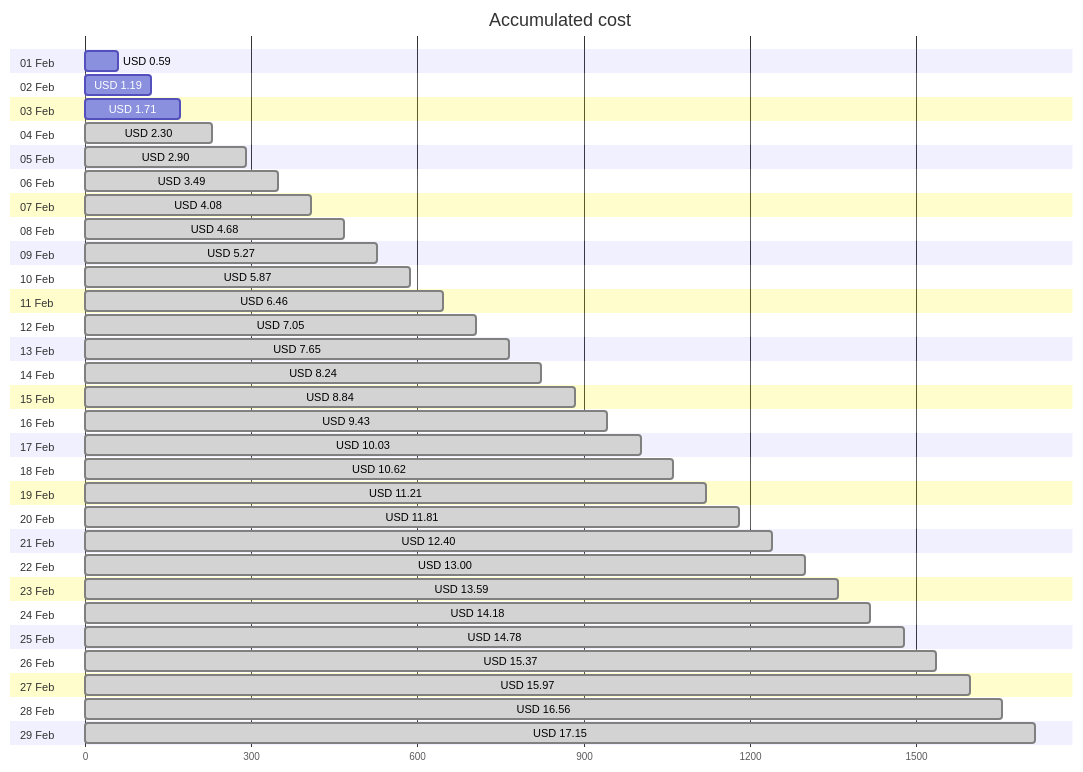
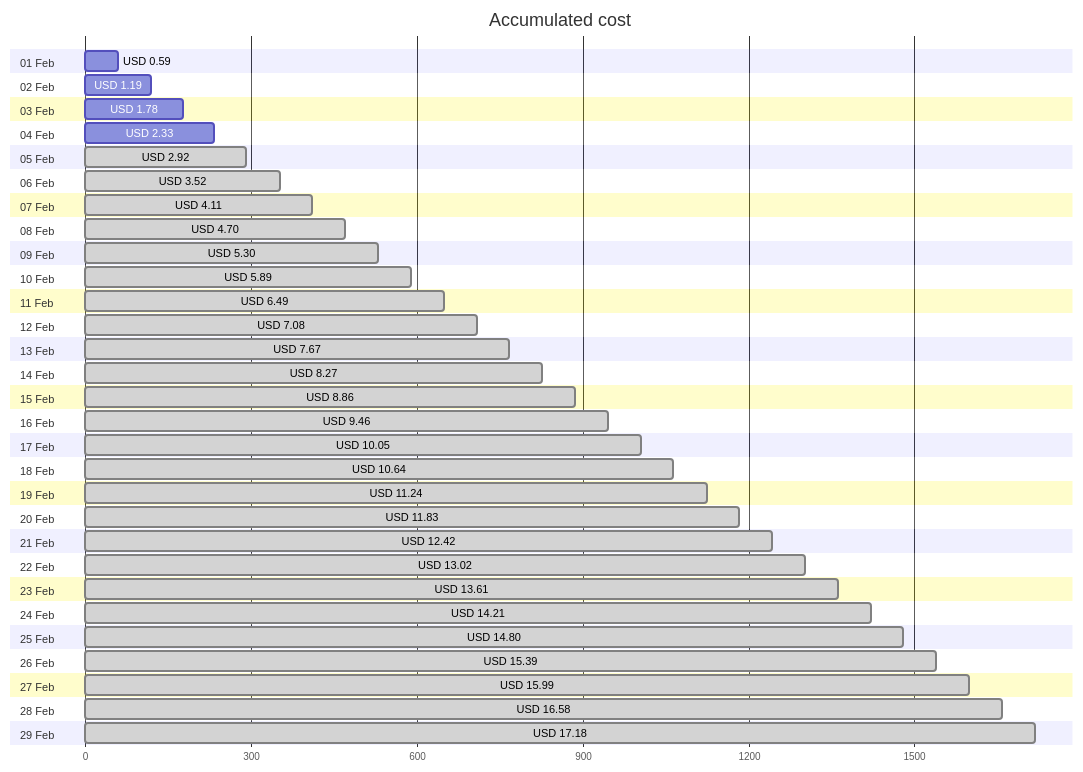
One commit to jpfulton/azure-personal-reports changed the first of 4 diagrams in cost-reports/personal-site/README.md. Above: the diagram before and after it, drawn with Mermaid. The commit also changed other lines of this file and 6 other files, not shown here.

````diff
--- a/cost-reports/personal-site/README.md
+++ b/cost-reports/personal-site/README.md
@@ -20,64 +20,64 @@
 ```mermaid
 gantt
    title Accumulated cost
    dateFormat  X
    axisFormat %s
    section 01 Feb
    USD 0.59 :0, 59
    section 02 Feb
    USD 1.19 :0, 119
    section 03 Feb
-   USD 1.71 :0, 171
+   USD 1.78 :0, 178
    section 04 Feb
-   USD 2.30 : done, 0, 230
+   USD 2.33 :0, 233
    section 05 Feb
-   USD 2.90 : done, 0, 290
+   USD 2.92 : done, 0, 292
    section 06 Feb
-   USD 3.49 : done, 0, 349
+   USD 3.52 : done, 0, 352
    section 07 Feb
-   USD 4.08 : done, 0, 408
+   USD 4.11 : done, 0, 411
    section 08 Feb
-   USD 4.68 : done, 0, 468
+   USD 4.70 : done, 0, 470
    section 09 Feb
-   USD 5.27 : done, 0, 527
+   USD 5.30 : done, 0, 530
    section 10 Feb
-   USD 5.87 : done, 0, 587
+   USD 5.89 : done, 0, 589
    section 11 Feb
-   USD 6.46 : done, 0, 646
+   USD 6.49 : done, 0, 649
    section 12 Feb
-   USD 7.05 : done, 0, 705
+   USD 7.08 : done, 0, 708
    section 13 Feb
-   USD 7.65 : done, 0, 765
+   USD 7.67 : done, 0, 767
    section 14 Feb
-   USD 8.24 : done, 0, 824
+   USD 8.27 : done, 0, 827
    section 15 Feb
-   USD 8.84 : done, 0, 884
+   USD 8.86 : done, 0, 886
    section 16 Feb
-   USD 9.43 : done, 0, 943
+   USD 9.46 : done, 0, 946
    section 17 Feb
-   USD 10.03 : done, 0, 1003
+   USD 10.05 : done, 0, 1005
    section 18 Feb
-   USD 10.62 : done, 0, 1062
+   USD 10.64 : done, 0, 1064
    section 19 Feb
-   USD 11.21 : done, 0, 1121
+   USD 11.24 : done, 0, 1124
    section 20 Feb
-   USD 11.81 : done, 0, 1181
+   USD 11.83 : done, 0, 1183
    section 21 Feb
-   USD 12.40 : done, 0, 1240
+   USD 12.42 : done, 0, 1242
    section 22 Feb
-   USD 13.00 : done, 0, 1300
+   USD 13.02 : done, 0, 1302
    section 23 Feb
-   USD 13.59 : done, 0, 1359
+   USD 13.61 : done, 0, 1361
    section 24 Feb
-   USD 14.18 : done, 0, 1418
+   USD 14.21 : done, 0, 1421
    section 25 Feb
-   USD 14.78 : done, 0, 1478
+   USD 14.80 : done, 0, 1480
    section 26 Feb
-   USD 15.37 : done, 0, 1537
+   USD 15.39 : done, 0, 1539
    section 27 Feb
-   USD 15.97 : done, 0, 1597
+   USD 15.99 : done, 0, 1599
    section 28 Feb
-   USD 16.56 : done, 0, 1656
+   USD 16.58 : done, 0, 1658
    section 29 Feb
-   USD 17.15 : done, 0, 1715
+   USD 17.18 : done, 0, 1718
 ```
````
